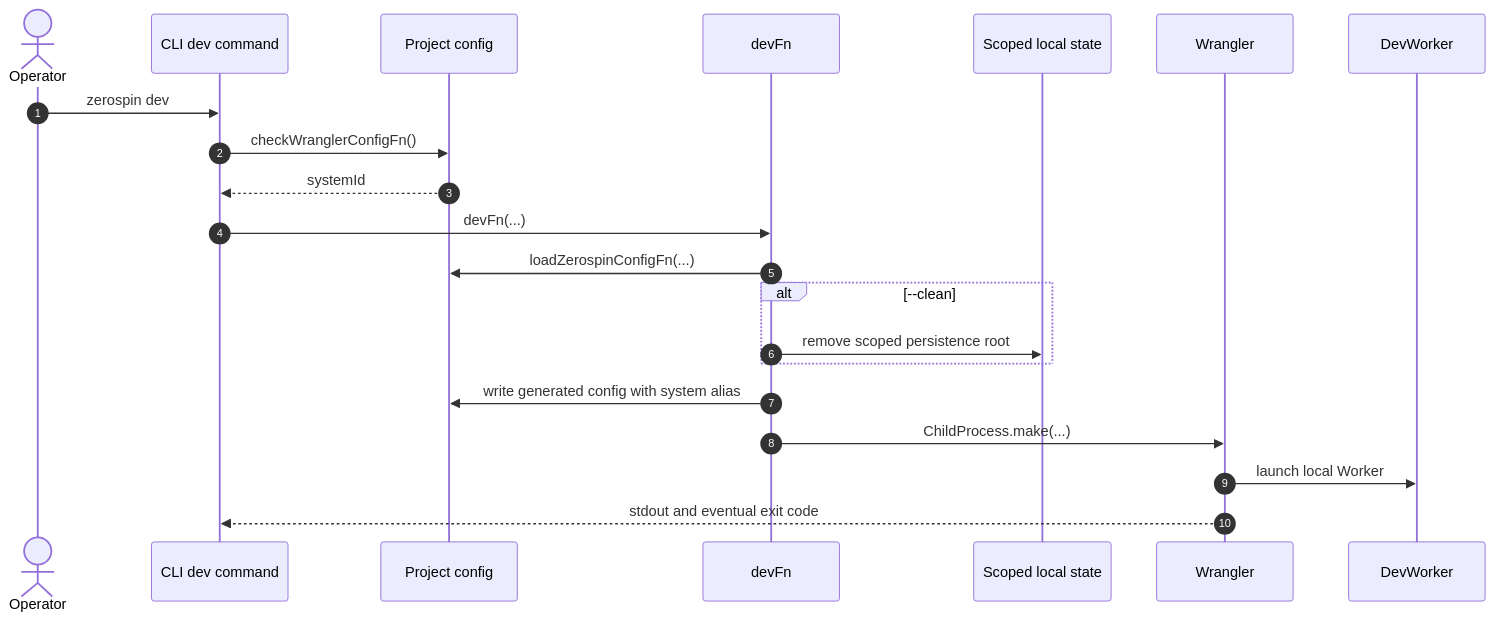
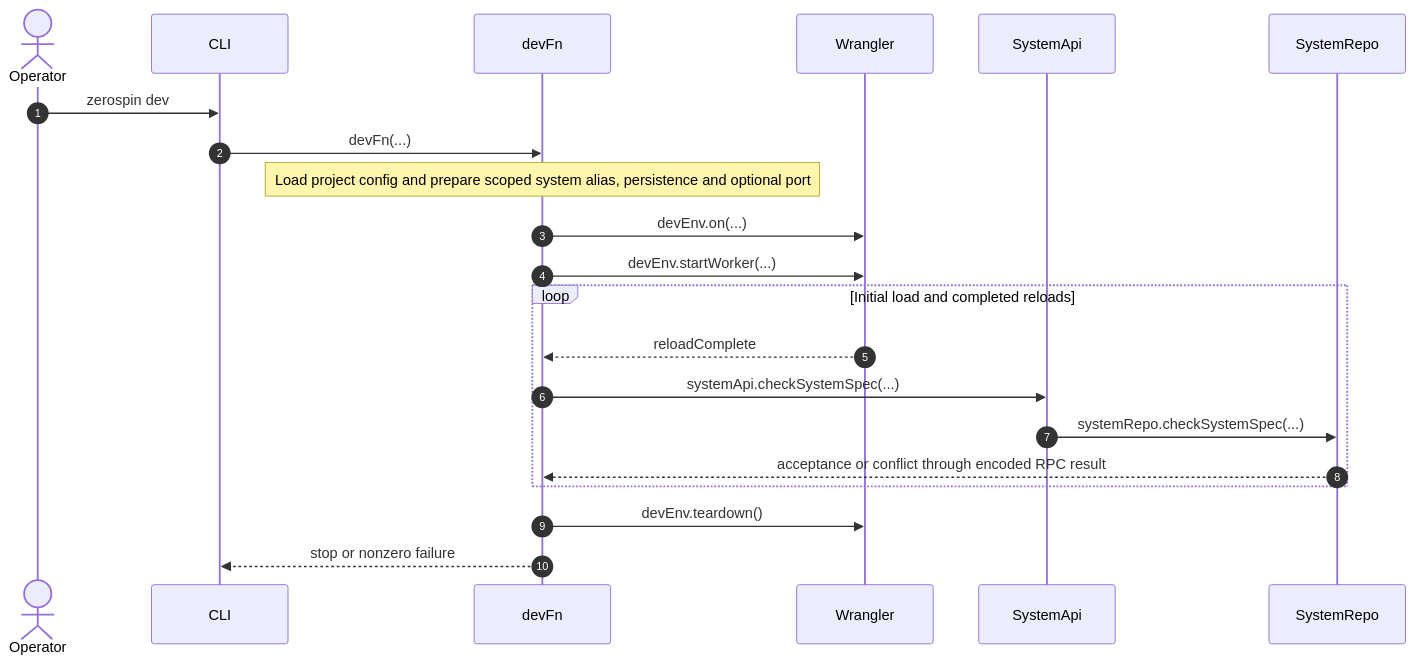
The second of 3 diagrams in wiki/architecture/AuthoredSystem.md (morgs32/qrk.sh), drawn with Mermaid before and after one commit. The commit also changed other lines of this file and 1046 other files, not shown here.

````diff
--- a/wiki/architecture/AuthoredSystem.md
+++ b/wiki/architecture/AuthoredSystem.md
@@ -42,33 +417,32 @@
 ```mermaid
 sequenceDiagram
   actor Operator
-  participant CLI as CLI dev command
-  participant Project as Project config
-  participant Dev as devFn
-  participant State as Scoped local state
+  participant CLI
+  participant devFn
   participant Wrangler
-  participant DevWorker
-
+  participant SystemApi
+  participant SystemRepo
   autonumber 1
   Operator->>CLI: zerospin dev
   autonumber 2
-  CLI->>Project: checkWranglerConfigFn()
+  CLI->>devFn: devFn(...)
+  Note over devFn: Load project config and prepare scoped system alias, persistence and optional port
   autonumber 3
-  Project-->>CLI: systemId
+  devFn->>Wrangler: devEnv.on(...)
   autonumber 4
-  CLI->>Dev: devFn(...)
-  autonumber 5
-  Dev->>Project: loadZerospinConfigFn(...)
-  alt --clean
+  devFn->>Wrangler: devEnv.startWorker(...)
+  loop Initial load and completed reloads
+    autonumber 5
+    Wrangler-->>devFn: reloadComplete
     autonumber 6
-    Dev->>State: remove scoped persistence root
+    devFn->>SystemApi: systemApi.checkSystemSpec(...)
+    autonumber 7
+    SystemApi->>SystemRepo: systemRepo.checkSystemSpec(...)
+    autonumber 8
+    SystemRepo-->>devFn: acceptance or conflict through encoded RPC result
   end
-  autonumber 7
-  Dev->>Project: write generated config with system alias
-  autonumber 8
-  Dev->>Wrangler: ChildProcess.make(...)
   autonumber 9
-  Wrangler->>DevWorker: launch local Worker
+  devFn->>Wrangler: devEnv.teardown()
   autonumber 10
-  Wrangler-->>CLI: stdout and eventual exit code
+  devFn-->>CLI: stop or nonzero failure
 ```
````
